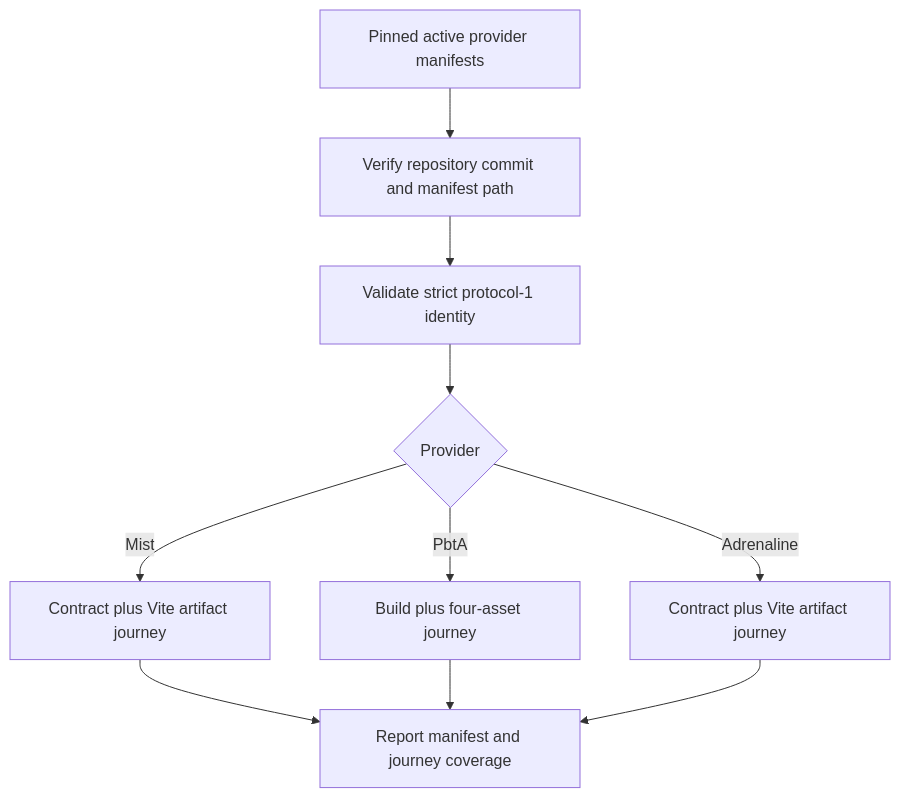
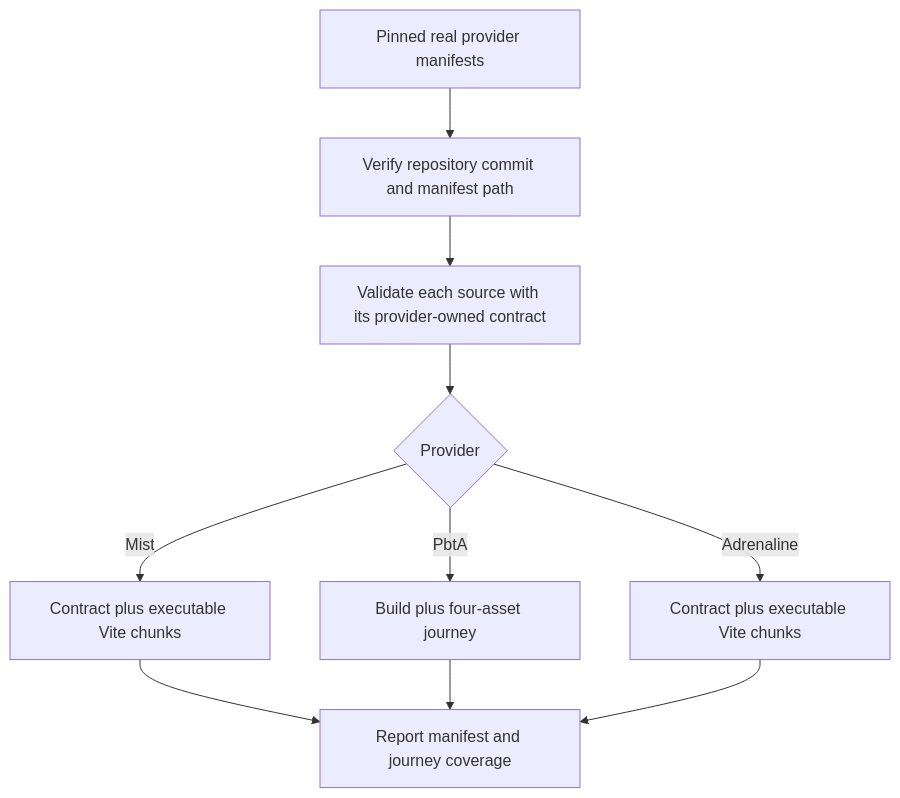
Before and after one commit to RebelliousSmile/lantern: the first of 2 diagrams in aidd_docs/tasks/2026_09/2026_09_25_issues_46_47_release_identity_and_pbta_proof/phase-4.md, drawn with Mermaid. The commit also changed other lines of this file and 6 other files, not shown here.

Commit message:
feat: validate provider release train matrix [skip ci]

````diff
--- a/aidd_docs/tasks/2026_09/2026_09_25_issues_46_47_release_identity_and_pbta_proof/phase-4.md
+++ b/aidd_docs/tasks/2026_09/2026_09_25_issues_46_47_release_identity_and_pbta_proof/phase-4.md
@@ -23,12 +21,12 @@
 ```mermaid
 flowchart TD
-  A[Pinned active provider manifests] --> B[Verify repository commit and manifest path]
-  B --> C[Validate strict protocol-1 identity]
+  A[Pinned real provider manifests] --> B[Verify repository commit and manifest path]
+  B --> C[Validate each source with its provider-owned contract]
   C --> D{Provider}
-  D -->|Mist| E[Contract plus Vite artifact journey]
+  D -->|Mist| E[Contract plus executable Vite chunks]
   D -->|PbtA| F[Build plus four-asset journey]
-  D -->|Adrenaline| G[Contract plus Vite artifact journey]
+  D -->|Adrenaline| G[Contract plus executable Vite chunks]
   E --> H[Report manifest and journey coverage]
   F --> H
   G --> H
 ```
````
